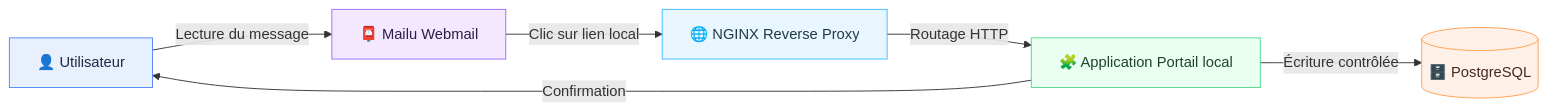
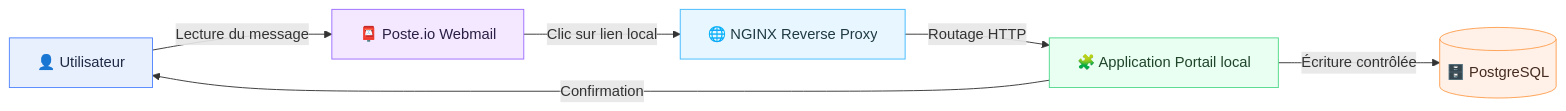
One commit to Alidrix/L_ATELIER changed the first of 2 diagrams in README.md. Above: the diagram before and after it, drawn with Mermaid. The commit also changed other lines of this file and 5 other files, not shown here.

Commit message:
Add Poste.io compose and refresh mail template

````diff
--- a/README.md
+++ b/README.md
@@ -27,20 +27,20 @@
 ```mermaid
 flowchart LR
   classDef user fill:#E8F0FE,stroke:#4F83FF,color:#1F2A44;
   classDef mail fill:#F3E8FF,stroke:#9B6BFF,color:#2A1F44;
   classDef web fill:#E8F7FF,stroke:#3FB8FF,color:#1F3A44;
   classDef app fill:#E8FFF1,stroke:#4FD88B,color:#1F442A;
   classDef db fill:#FFF1E8,stroke:#FF9F4F,color:#442A1F;
 
   U[👤 Utilisateur]:::user
-  M[📮 Mailu Webmail]:::mail
+  M[📮 Poste.io Webmail]:::mail
   N[🌐 NGINX Reverse Proxy]:::web
   A[🧩 Application Portail local]:::app
   D[(🗄️ PostgreSQL)]:::db
 
   U -->|Lecture du message| M
   M -->|Clic sur lien local| N
   N -->|Routage HTTP| A
   A -->|Écriture contrôlée| D
   A -->|Confirmation| U
 ```
````
